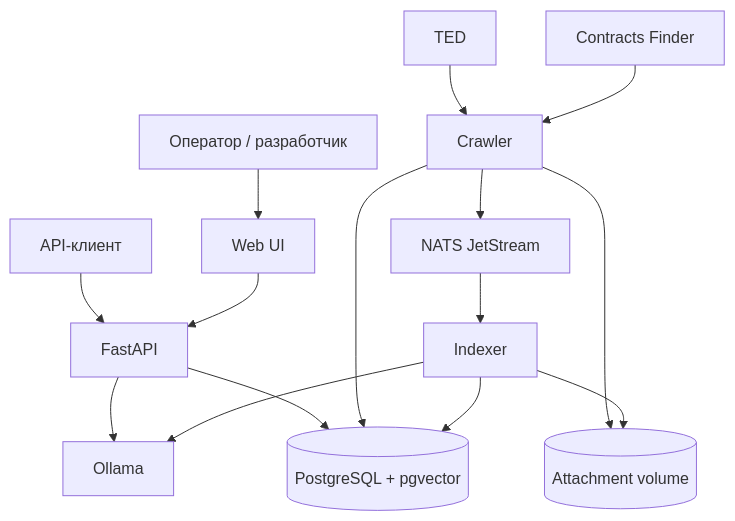
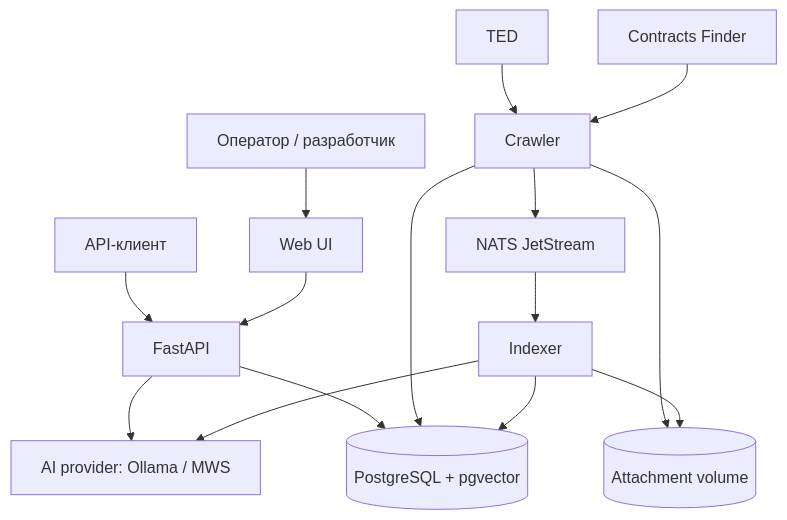
Before and after one commit to komaroffsergei/tender-lens: the first of 2 diagrams in docs/architecture.md, drawn with Mermaid. The commit also changed other lines of this file and 24 other files, not shown here.

````diff
--- a/docs/architecture.md
+++ b/docs/architecture.md
@@ -7,17 +7,17 @@
 ```mermaid
 flowchart TB
     OP["Оператор / разработчик"] --> UI["Web UI"]
     CLIENT["API-клиент"] --> API["FastAPI"]
     UI --> API
     API --> PG[("PostgreSQL + pgvector")]
-    API --> OLLAMA["Ollama"]
+    API --> AI["AI provider: Ollama / MWS"]
     TED["TED"] --> CRAWLER["Crawler"]
     CF["Contracts Finder"] --> CRAWLER
     CRAWLER --> PG
     CRAWLER --> FILES[("Attachment volume")]
     CRAWLER --> NATS["NATS JetStream"]
     NATS --> INDEXER["Indexer"]
     INDEXER --> FILES
-    INDEXER --> OLLAMA
+    INDEXER --> AI
     INDEXER --> PG
 ```
````
